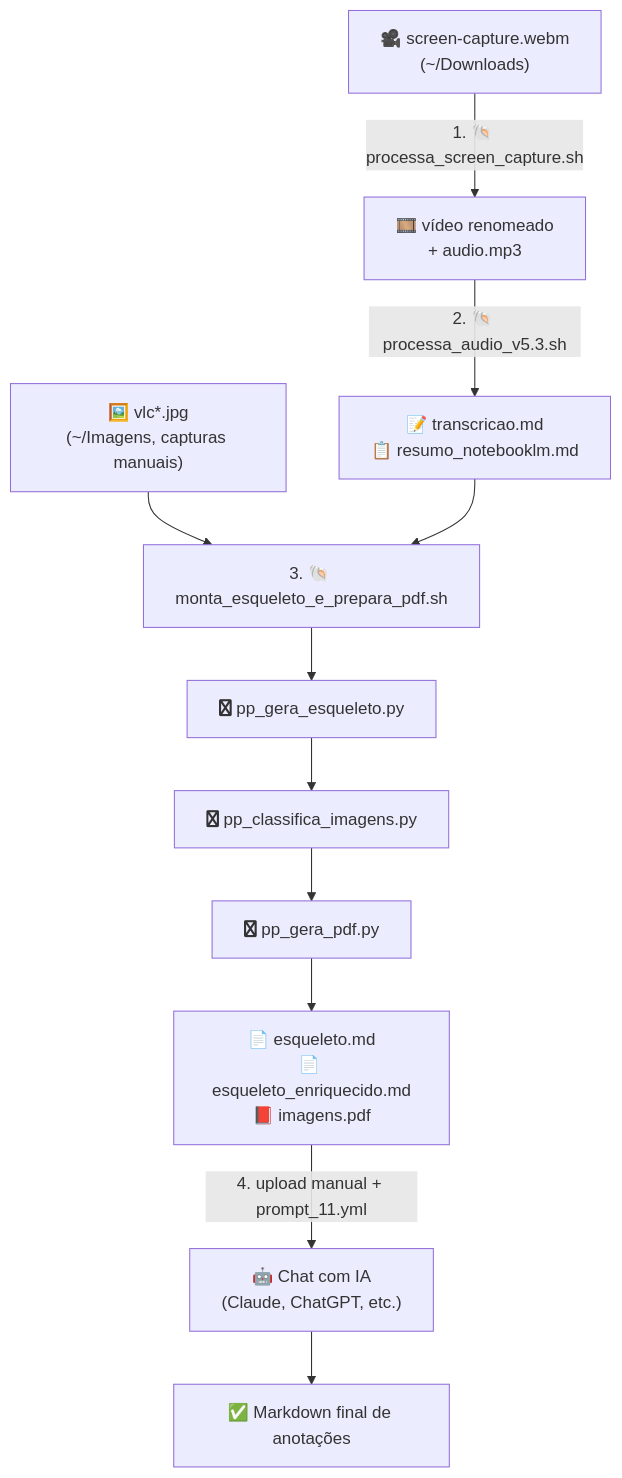
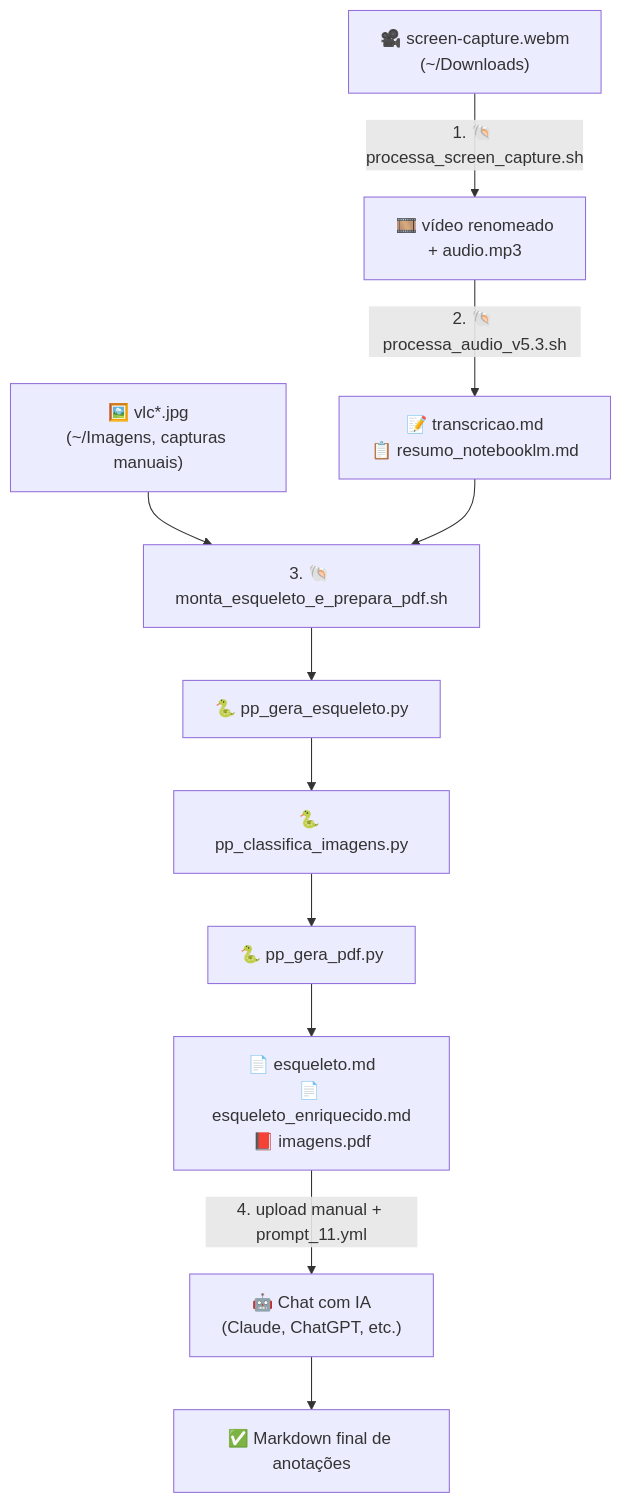
Before and after one commit to ahaerdy/class-notes-pipeline-toolkit: the diagram in README.md, drawn with Mermaid.

Commit message:
refactor(readme): reverter ícones de python para emojis

````diff
--- a/README.md
+++ b/README.md
@@ -24,13 +24,13 @@
 ```mermaid
 flowchart TD
     A["🎥 screen-capture.webm\n(~/Downloads)"] -->|"1. 🐚 processa_screen_capture.sh"| B["🎞️ vídeo renomeado\n+ audio.mp3"]
     B -->|"2. 🐚 processa_audio_v5.3.sh"| C["📝 transcricao.md\n📋 resumo_notebooklm.md"]
     D["🖼️ vlc*.jpg\n(~/Imagens, capturas manuais)"] --> E
     C --> E["3. 🐚 monta_esqueleto_e_prepara_pdf.sh"]
-    E --> F["fa:fa-python pp_gera_esqueleto.py"]
-    F --> G["fa:fa-python pp_classifica_imagens.py"]
-    G --> H["fa:fa-python pp_gera_pdf.py"]
+    E --> F["🐍 pp_gera_esqueleto.py"]
+    F --> G["🐍 pp_classifica_imagens.py"]
+    G --> H["🐍 pp_gera_pdf.py"]
     H --> I["📄 esqueleto.md\n📄 esqueleto_enriquecido.md\n📕 imagens.pdf"]
     I -->|"4. upload manual + prompt_11.yml"| J["🤖 Chat com IA\n(Claude, ChatGPT, etc.)"]
     J --> K["✅ Markdown final de anotações"]
 ```
````
